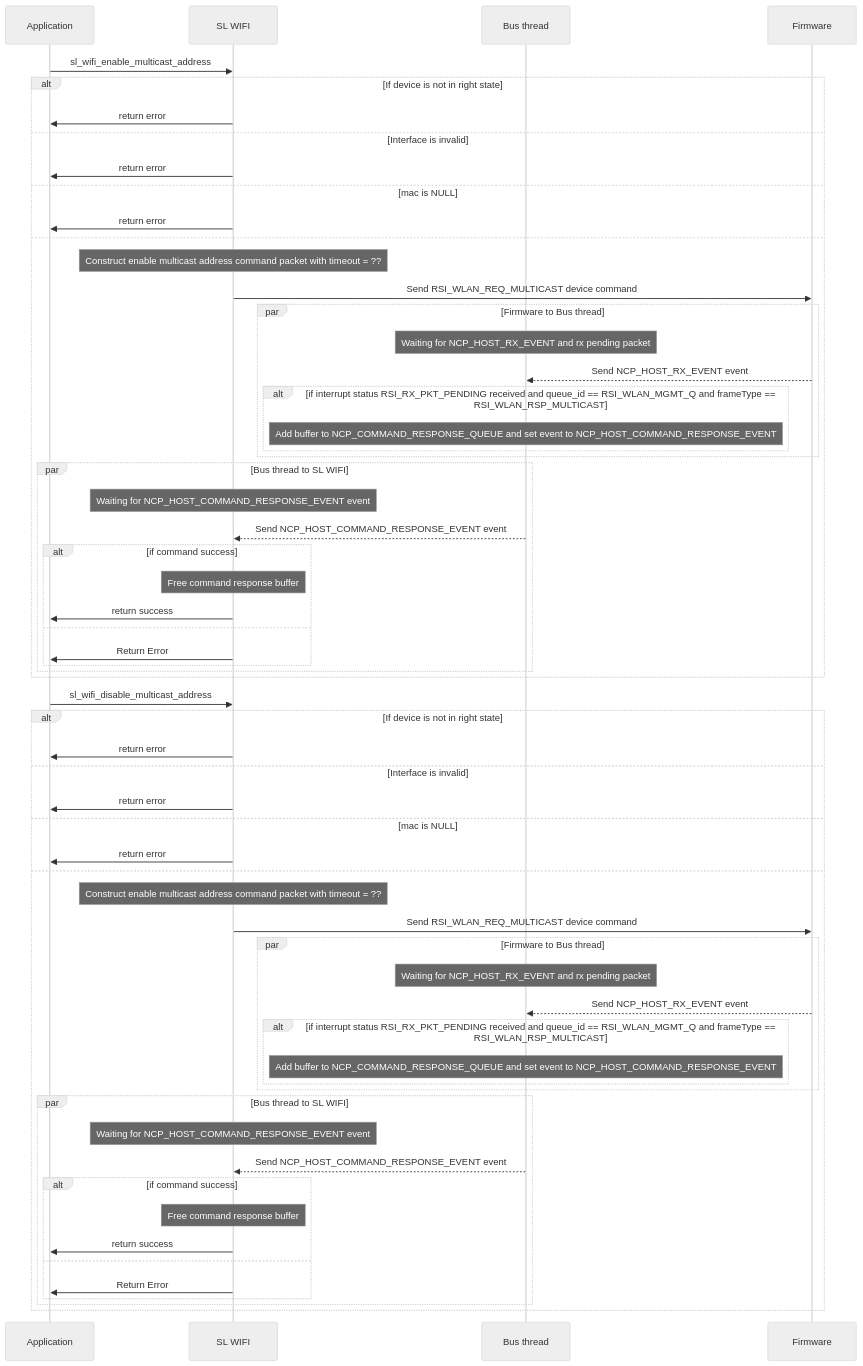
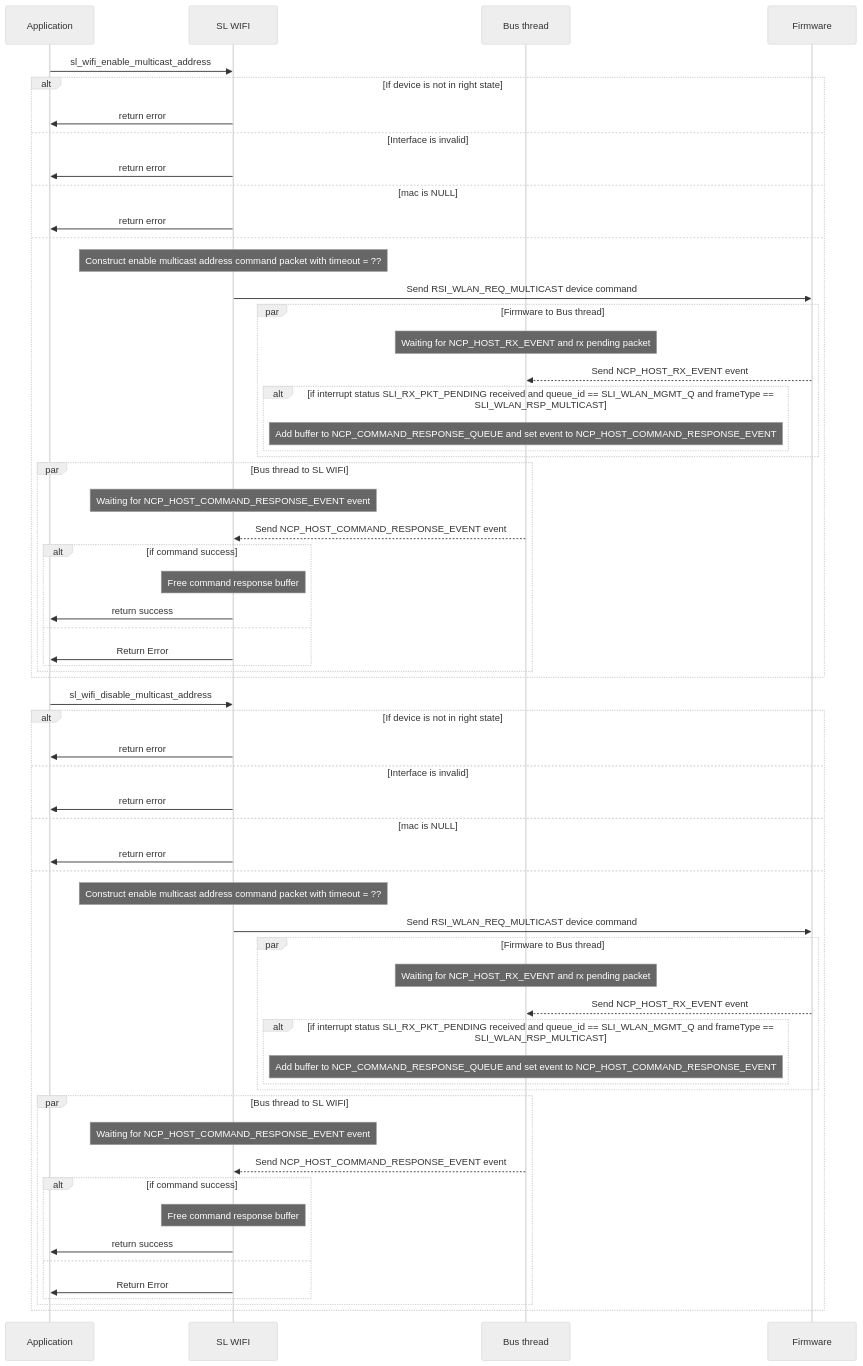
One commit to SiliconLabs/wiseconnect changed the fourth of 11 diagrams in components/protocol/wifi/readme.md. Above: the diagram before and after it, drawn with Mermaid (neutral theme). The commit also changed other lines of this file and 4347 other files, not shown here.

````diff
--- a/components/protocol/wifi/readme.md
+++ b/components/protocol/wifi/readme.md
@@ -316,73 +316,73 @@
 ```mermaid
  sequenceDiagram 
      #sl_status_t sl_wifi_enable_multicast_address( sl_wifi_interface_t interface, const sl_mac_address_t* mac)
      #sl_status_t sl_wifi_disable_multicast_address( sl_wifi_interface_t interface, const sl_mac_address_t* mac)
   participant app as Application
   participant wifi as SL WIFI
   participant bus as Bus thread  
   participant fw as Firmware
         
   app ->> wifi: sl_wifi_enable_multicast_address
 
   alt  If device is not in right state
    wifi ->> app: return error
   else Interface is invalid
    wifi ->> app: return error
   else mac is NULL
    wifi ->> app: return error
   else
    Note over wifi: Construct enable multicast address command packet with timeout = ?? 
    wifi ->> fw:Send RSI_WLAN_REQ_MULTICAST device command
 
             par Firmware to Bus thread
                 Note over bus: Waiting for NCP_HOST_RX_EVENT and rx pending packet
                 fw -->> bus: Send NCP_HOST_RX_EVENT event
-                alt if interrupt status RSI_RX_PKT_PENDING received and queue_id == RSI_WLAN_MGMT_Q and frameType == RSI_WLAN_RSP_MULTICAST
+                alt if interrupt status SLI_RX_PKT_PENDING received and queue_id == SLI_WLAN_MGMT_Q and frameType == SLI_WLAN_RSP_MULTICAST
                     Note over bus: Add buffer to NCP_COMMAND_RESPONSE_QUEUE and set event to NCP_HOST_COMMAND_RESPONSE_EVENT
                 end
             end
 
    par Bus thread to SL WIFI
     Note over wifi: Waiting for NCP_HOST_COMMAND_RESPONSE_EVENT event
     bus -->> wifi: Send NCP_HOST_COMMAND_RESPONSE_EVENT event
     alt if command success
      Note over wifi: Free command response buffer
      wifi ->> app: return success
     else 
      wifi ->> app: Return Error
     end
    end
   end
 
   app ->> wifi: sl_wifi_disable_multicast_address
 
   alt  If device is not in right state
    wifi ->> app: return error
   else Interface is invalid
    wifi ->> app: return error
   else mac is NULL
    wifi ->> app: return error
   else
    Note over wifi: Construct enable multicast address command packet with timeout = ?? 
    wifi ->> fw:Send RSI_WLAN_REQ_MULTICAST device command
 
             par Firmware to Bus thread
                 Note over bus: Waiting for NCP_HOST_RX_EVENT and rx pending packet
                 fw -->> bus: Send NCP_HOST_RX_EVENT event
-                alt if interrupt status RSI_RX_PKT_PENDING received and queue_id == RSI_WLAN_MGMT_Q and frameType == RSI_WLAN_RSP_MULTICAST
+                alt if interrupt status SLI_RX_PKT_PENDING received and queue_id == SLI_WLAN_MGMT_Q and frameType == SLI_WLAN_RSP_MULTICAST
                     Note over bus: Add buffer to NCP_COMMAND_RESPONSE_QUEUE and set event to NCP_HOST_COMMAND_RESPONSE_EVENT
                 end
             end
 
    par Bus thread to SL WIFI
     Note over wifi: Waiting for NCP_HOST_COMMAND_RESPONSE_EVENT event
     bus -->> wifi: Send NCP_HOST_COMMAND_RESPONSE_EVENT event
     alt if command success
      Note over wifi: Free command response buffer
      wifi ->> app: return success
     else 
      wifi ->> app: Return Error
     end
    end
   end 
 ```
````
